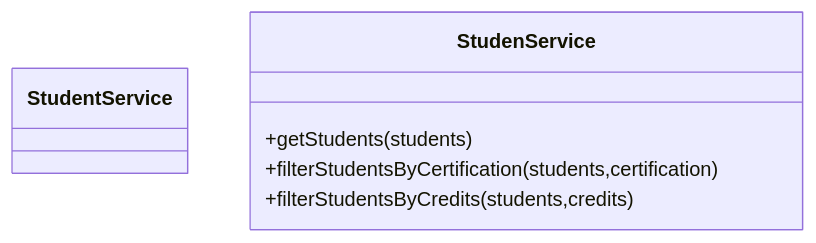
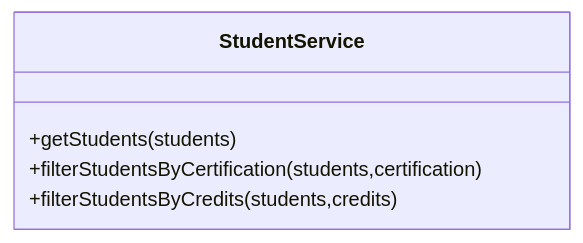
The second of 3 diagrams in README.md (axlgoze/Code-Challenge), drawn with Mermaid before and after one commit. The commit also changed 1 other file, not shown here.

Commit message:
fix: readme and test for reader

````diff
--- a/README.md
+++ b/README.md
@@ -52,7 +52,7 @@
 ```mermaid
 classDiagram
     class StudentService
-    StudenService : +getStudents(students)
-    StudenService : +filterStudentsByCertification(students,certification)
-    StudenService : +filterStudentsByCredits(students,credits)
+    StudentService : +getStudents(students)
+    StudentService : +filterStudentsByCertification(students,certification)
+    StudentService : +filterStudentsByCredits(students,credits)
 ```
````
